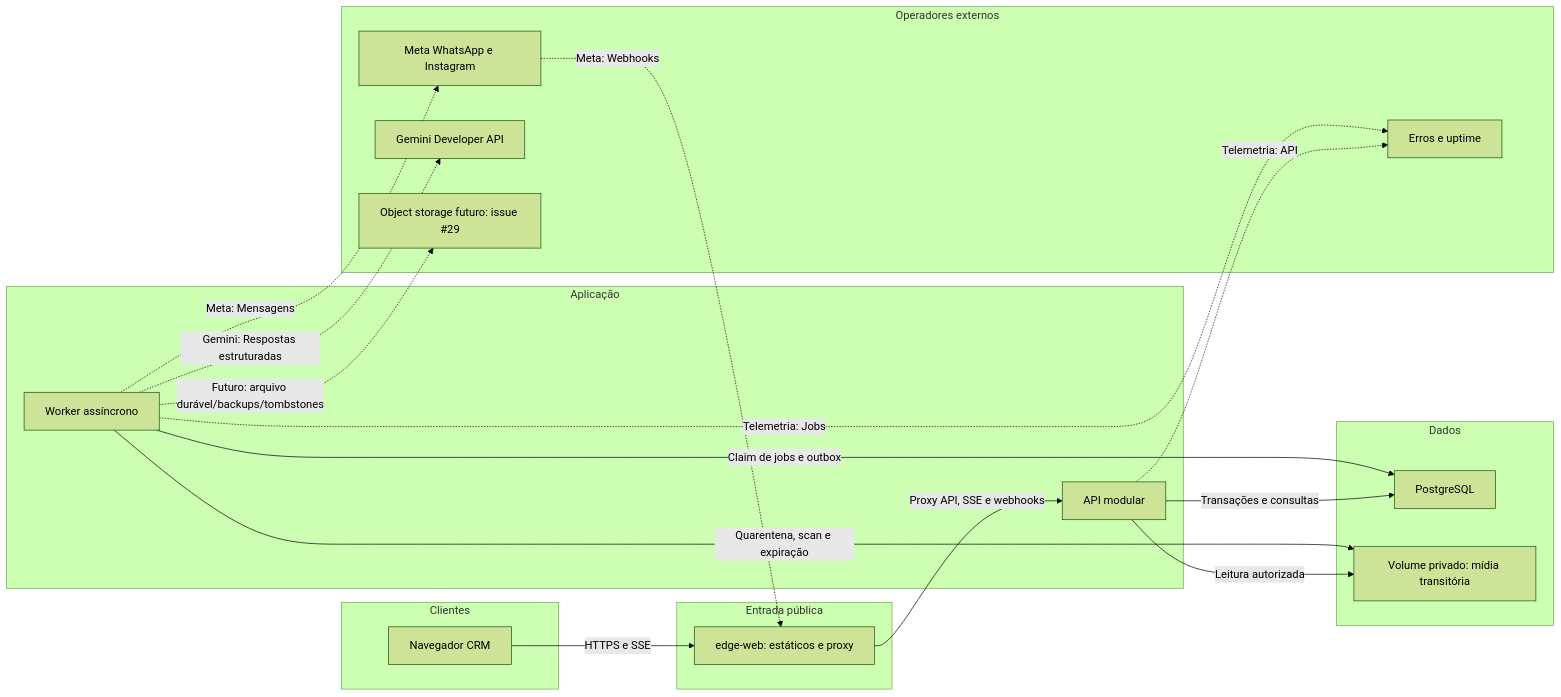
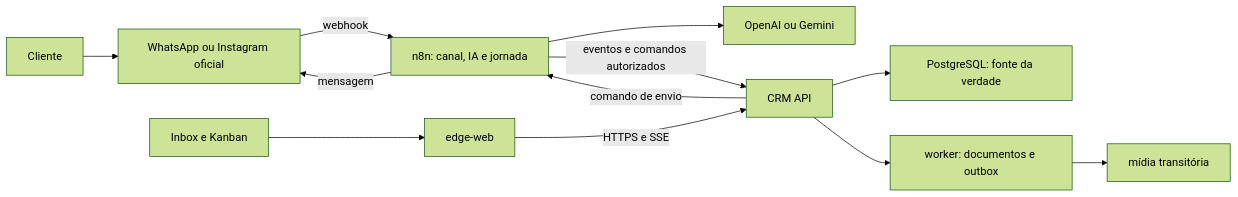
Before and after one commit to romulosutil/crm-silmer: the first of 3 diagrams in TECHNICAL-DESIGN.md, drawn with Mermaid (forest theme). The commit also changed other lines of this file and 11 other files, not shown here.

````diff
--- a/TECHNICAL-DESIGN.md
+++ b/TECHNICAL-DESIGN.md
@@ -124,36 +131,14 @@
 ```mermaid
 flowchart LR
-    subgraph client ["Clientes"]
-        browser["Navegador CRM"]
-    end
-    subgraph gateway ["Entrada pública"]
-        edgeWeb["edge-web: estáticos e proxy"]
-    end
-    subgraph service ["Aplicação"]
-        api["API modular"]
-        worker["Worker assíncrono"]
-    end
-    subgraph datastore ["Dados"]
-        postgres["PostgreSQL"]
-        mediaVolume["Volume privado: mídia transitória"]
-    end
-    subgraph external ["Operadores externos"]
-        meta["Meta WhatsApp e Instagram"]
-        aiProvider["Gemini Developer API"]
-        objectStorage["Object storage futuro: issue #29"]
-        telemetry["Erros e uptime"]
-    end
-
-    browser -->|"HTTPS e SSE"| edgeWeb
-    edgeWeb -->|"Proxy API, SSE e webhooks"| api
-    api -->|"Transações e consultas"| postgres
-    worker -->|"Claim de jobs e outbox"| postgres
-    api -->|"Leitura autorizada"| mediaVolume
-    worker -->|"Quarentena, scan e expiração"| mediaVolume
-    meta -.->|"Meta: Webhooks"| edgeWeb
-    worker -.->|"Meta: Mensagens"| meta
-    worker -.->|"Gemini: Respostas estruturadas"| aiProvider
-    worker -.->|"Futuro: arquivo durável/backups/tombstones"| objectStorage
-    api -.->|"Telemetria: API"| telemetry
-    worker -.->|"Telemetria: Jobs"| telemetry
+    customer["Cliente"] --> meta["WhatsApp ou Instagram oficial"]
+    meta -->|"webhook"| n8n["n8n: canal, IA e jornada"]
+    n8n --> ai["OpenAI ou Gemini"]
+    n8n -->|"eventos e comandos autorizados"| api["CRM API"]
+    api --> postgres["PostgreSQL: fonte da verdade"]
+    browser["Inbox e Kanban"] --> edge["edge-web"]
+    edge -->|"HTTPS e SSE"| api
+    api --> worker["worker: documentos e outbox"]
+    worker --> media["mídia transitória"]
+    api -->|"comando de envio"| n8n
+    n8n -->|"mensagem"| meta
 ```
````
